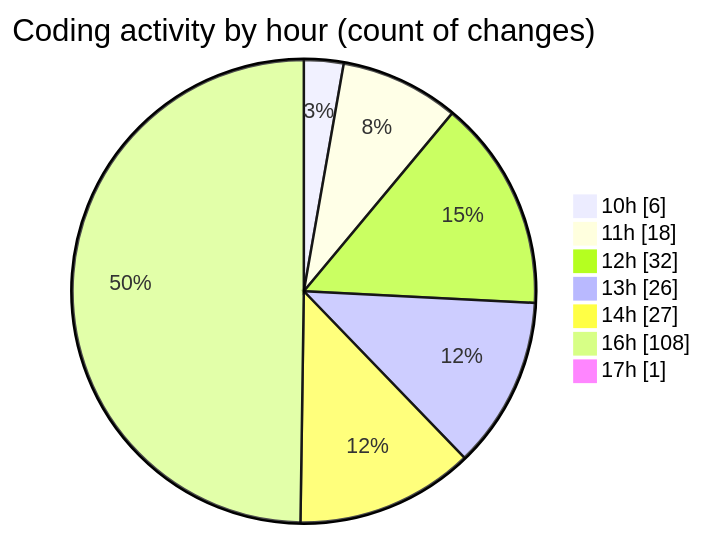
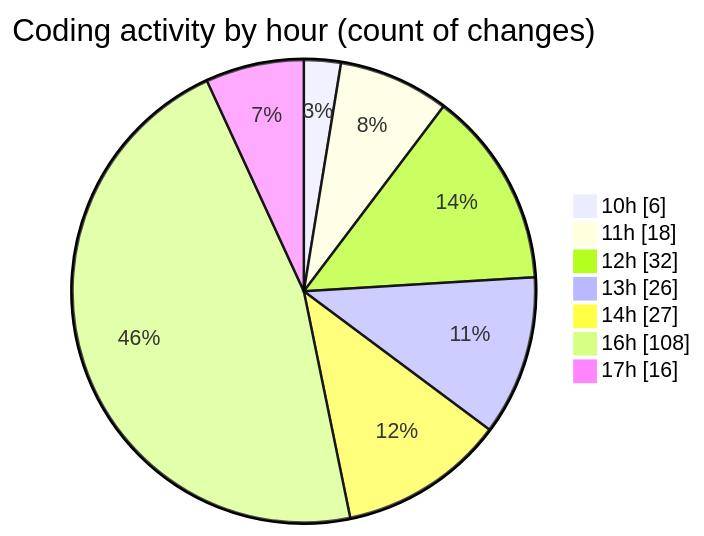
Before and after one commit to momahboobian/code-tracking: the second of 2 diagrams in 2026-09-03/cda/README.md, drawn with Mermaid. The commit also changed other lines of this file and 1 other file, not shown here.

````diff
--- a/2026-09-03/cda/README.md
+++ b/2026-09-03/cda/README.md
@@ -98,11 +98,11 @@
 ```mermaid
 pie showData
 title Coding activity by hour (count of changes)
 "10h" : 6
 "11h" : 18
 "12h" : 32
 "13h" : 26
 "14h" : 27
 "16h" : 108
-"17h" : 1
+"17h" : 16
 ```
````
